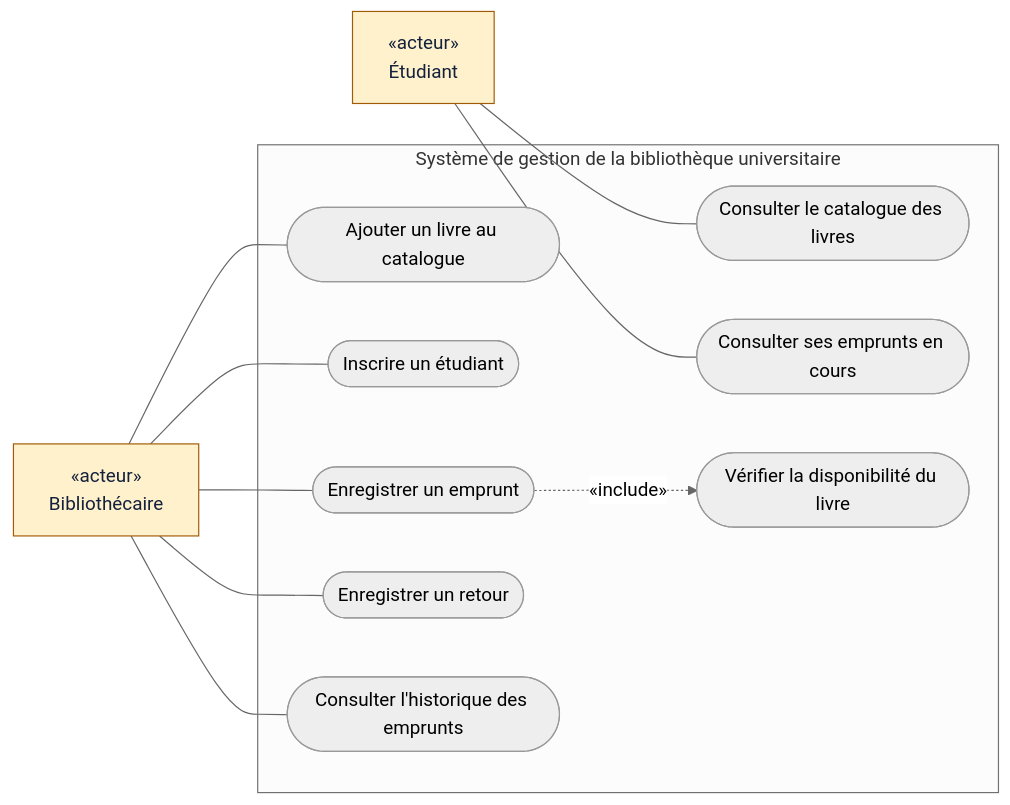
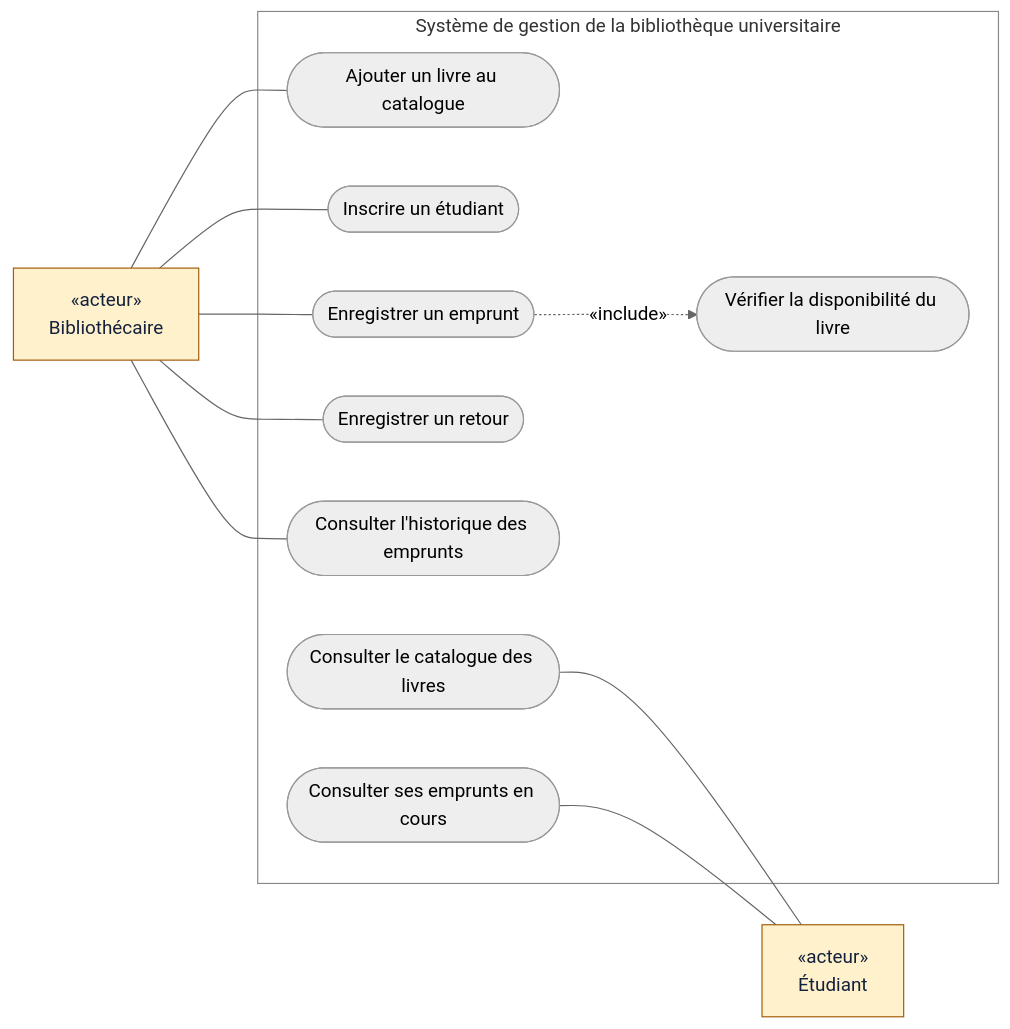
Before and after one commit to ahchabiorou-lang/TP1-MIA3-FAST-GROUPE-1: the first of 2 diagrams in README.md, drawn with Mermaid (neutral theme). The commit also changed other lines of this file, not shown here.

````diff
--- a/README.md
+++ b/README.md
@@ -98,28 +103,30 @@
 ```mermaid
 flowchart LR
     bib["«acteur»<br/>Bibliothécaire"]
-    etu["«acteur»<br/>Étudiant"]
 
     subgraph SYS["Système de gestion de la bibliothèque universitaire"]
         UC1(["Ajouter un livre au catalogue"])
         UC2(["Inscrire un étudiant"])
         UC3(["Enregistrer un emprunt"])
         UC4(["Enregistrer un retour"])
         UC5(["Consulter l'historique des emprunts"])
+        UC8(["Vérifier la disponibilité du livre"])
         UC6(["Consulter le catalogue des livres"])
         UC7(["Consulter ses emprunts en cours"])
-        UC8(["Vérifier la disponibilité du livre"])
     end
+
+    etu["«acteur»<br/>Étudiant"]
 
     bib --- UC1
     bib --- UC2
     bib --- UC3
     bib --- UC4
     bib --- UC5
-    etu --- UC6
-    etu --- UC7
     UC3 -. "«include»" .-> UC8
+    UC6 --- etu
+    UC7 --- etu
 
     classDef acteur fill:#FFF1CC,stroke:#A15C07,color:#14213D
     class bib,etu acteur
+    style SYS fill:transparent,stroke:#888
 ```
````
